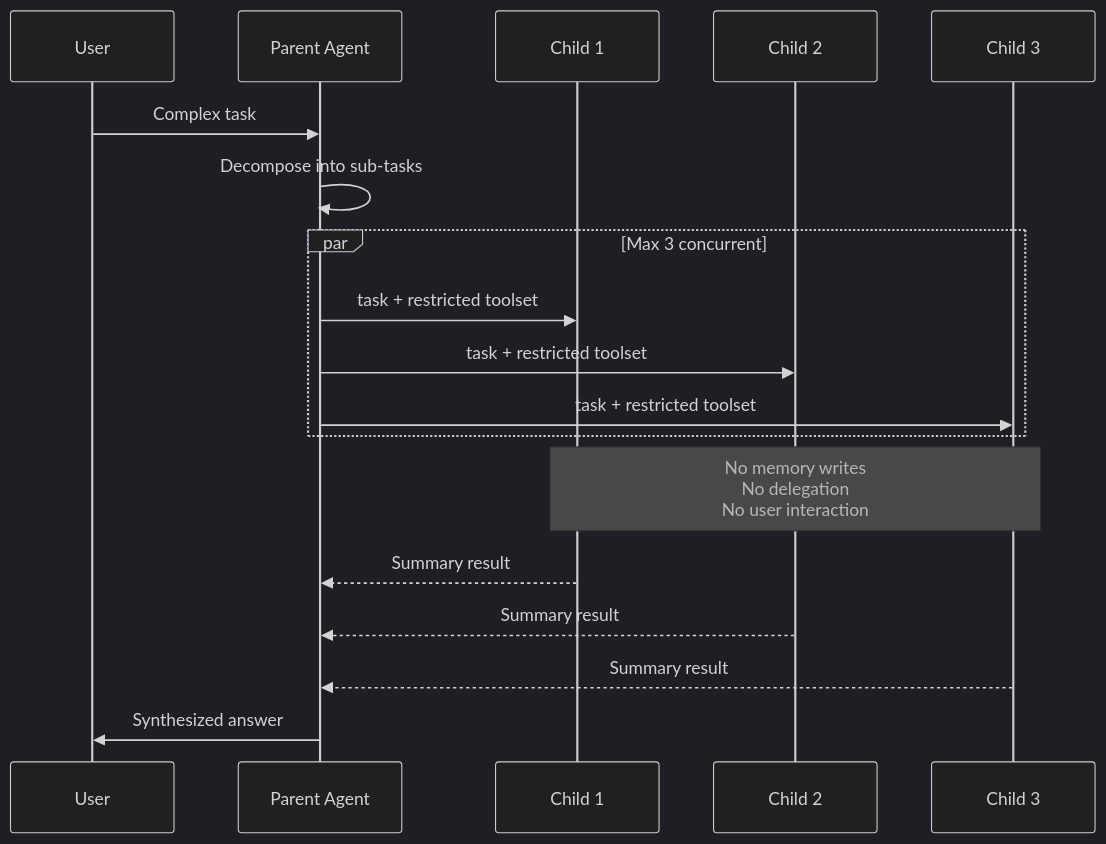
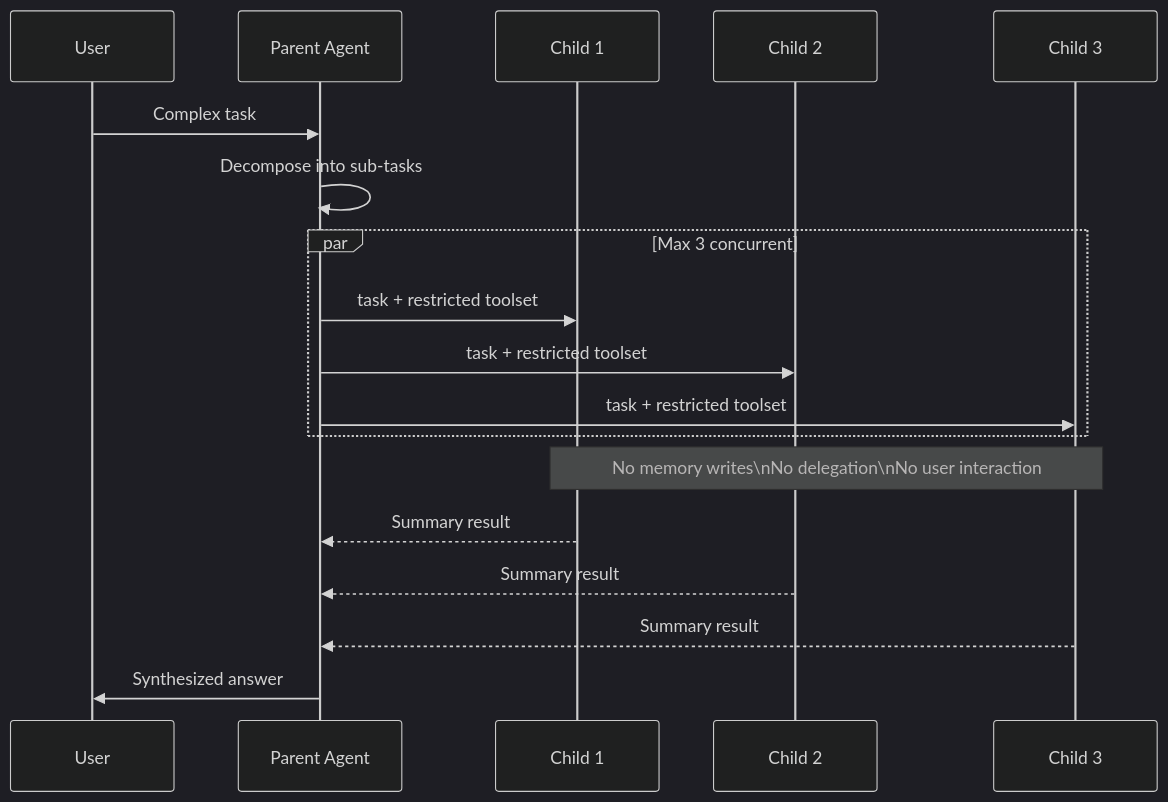
The fourth of 5 diagrams in hermes-agent/README.md (NeuZhou/awesome-ai-anatomy), drawn with Mermaid (dark theme) before and after one commit. The commit also changed 6 other files, not shown here.

Commit message:
fix: Mermaid syntax — remove HTML tags that break GitHub rendering

````diff
--- a/hermes-agent/README.md
+++ b/hermes-agent/README.md
@@ -201,24 +201,24 @@
 ```mermaid
 sequenceDiagram
     participant U as User
     participant P as Parent Agent
     participant C1 as Child 1
     participant C2 as Child 2
     participant C3 as Child 3
 
     U->>P: Complex task
     P->>P: Decompose into sub-tasks
 
     par Max 3 concurrent
         P->>C1: task + restricted toolset
         P->>C2: task + restricted toolset
         P->>C3: task + restricted toolset
     end
 
-    Note over C1,C3: No memory writes<br/>No delegation<br/>No user interaction
+    Note over C1,C3: No memory writes\nNo delegation\nNo user interaction
 
     C1-->>P: Summary result
     C2-->>P: Summary result
     C3-->>P: Summary result
     P->>U: Synthesized answer
 ```
````
